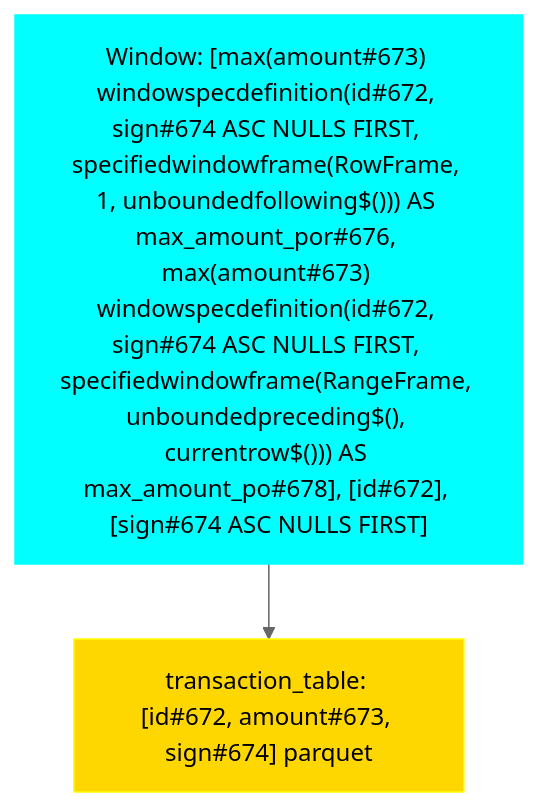
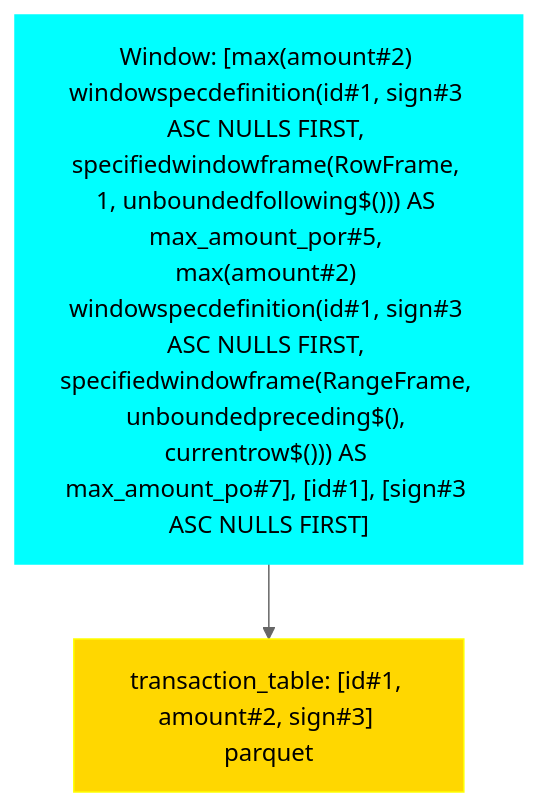
The diagram in data/visualization/window_column_2.mmd (NielkNetraam/explainalyzed), drawn with Mermaid (neutral theme) before and after one commit. The commit also changed 63 other files, not shown here.

```diff
--- a/data/visualization/window_column_2.mmd
+++ b/data/visualization/window_column_2.mmd
@@ -1,13 +1,13 @@
 flowchart TD
     classDef PROJECT stroke:Blue,fill:LightBlue,color:black
     classDef FILTER stroke:Green,fill:LightGreen,color:black
     classDef UNION stroke:Purple,fill:Violet,color:black
     classDef JOIN stroke:DarkOrange,fill:Orange,color:black
     classDef RELATION stroke:Yellow,fill:Gold,color:black
     classDef AGGREGATE stroke:Brown,fill:Chocolate,color:black
     classDef WINDOW stroke:Aqua,fill:Cyan,color:black
 
-    Window#00001["Window: [max(amount#673) windowspecdefinition(id#672, sign#674 ASC NULLS FIRST, specifiedwindowframe(RowFrame, 1, unboundedfollowing$())) AS max_amount_por#676, max(amount#673) windowspecdefinition(id#672, sign#674 ASC NULLS FIRST, specifiedwindowframe(RangeFrame, unboundedpreceding$(), currentrow$())) AS max_amount_po#678], [id#672], [sign#674 ASC NULLS FIRST]"]:::WINDOW
-    Relation#00002["transaction_table: [id#672, amount#673, sign#674] parquet"]:::RELATION
+    Window#00001["Window: [max(amount#2) windowspecdefinition(id#1, sign#3 ASC NULLS FIRST, specifiedwindowframe(RowFrame, 1, unboundedfollowing$())) AS max_amount_por#5, max(amount#2) windowspecdefinition(id#1, sign#3 ASC NULLS FIRST, specifiedwindowframe(RangeFrame, unboundedpreceding$(), currentrow$())) AS max_amount_po#7], [id#1], [sign#3 ASC NULLS FIRST]"]:::WINDOW
+    Relation#00002["transaction_table: [id#1, amount#2, sign#3] parquet"]:::RELATION
 
     Window#00001 --> Relation#00002
```
